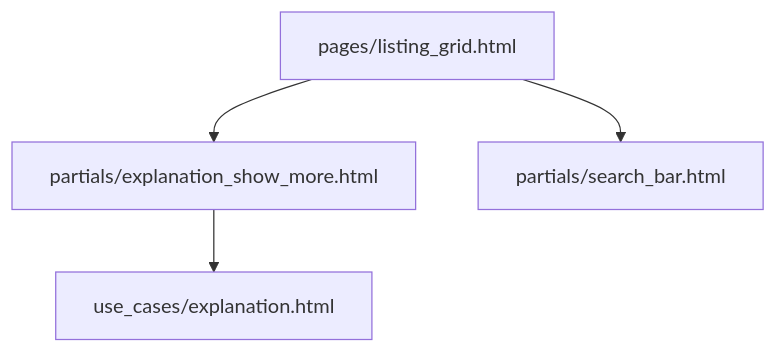
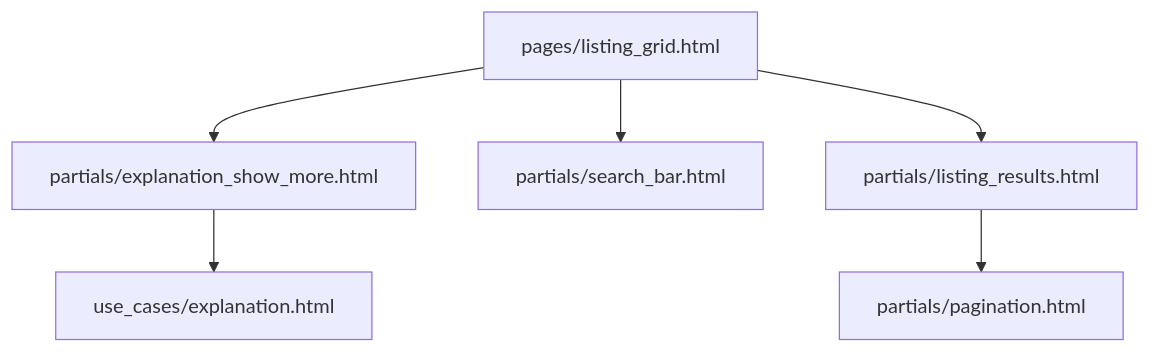
The diagram in webcentral/doc/06_sphinx/source/dev/template_structure.md (TUB-DVG/wissen-digital-ewb), drawn with Mermaid before and after one commit. The commit also changed other lines of this file and 14 other files, not shown here.

````diff
--- a/webcentral/doc/06_sphinx/source/dev/template_structure.md
+++ b/webcentral/doc/06_sphinx/source/dev/template_structure.md
@@ -6,7 +6,8 @@
 ```{mermaid}
 graph TD;
     pages/listing_grid.html --> partials/explanation_show_more.html;
-    pages/listing_grid.html --> partials/search_bar.html
+    pages/listing_grid.html --> partials/search_bar.html;
     partials/explanation_show_more.html --> use_cases/explanation.html;
-
+    pages/listing_grid.html --> partials/listing_results.html;
+    partials/listing_results.html --> partials/pagination.html;
 ```
````
